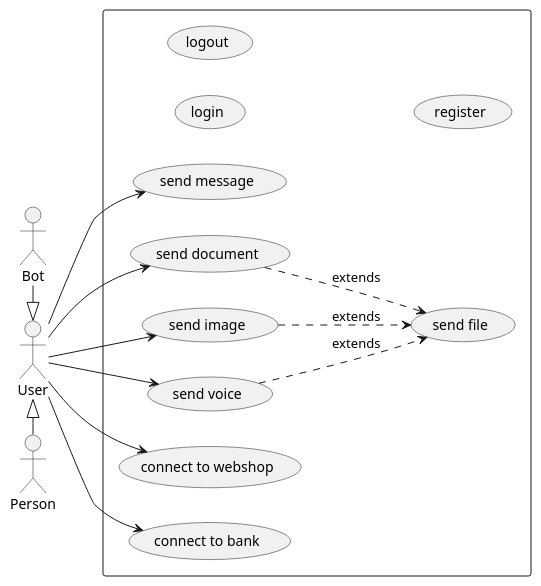
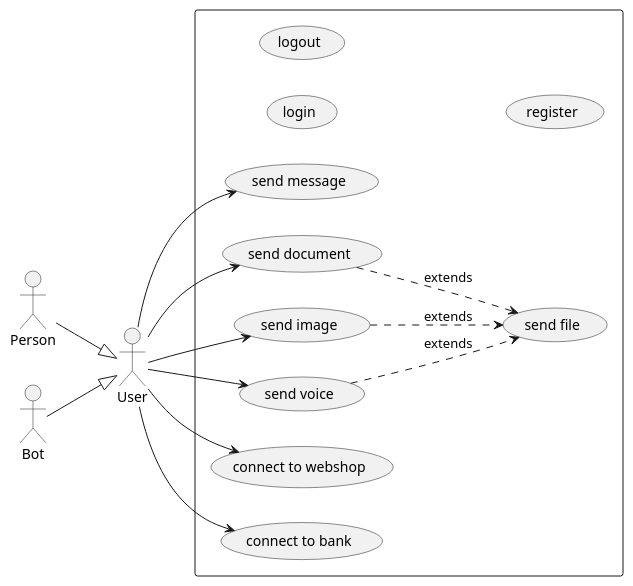
The diagram in src/doc/uml-usecase.puml (bbenno/oth-sw), drawn with PlantUML before and after one commit.

Commit message:
Change actor position in usecase diagram

```diff
--- a/src/doc/uml-usecase.puml
+++ b/src/doc/uml-usecase.puml
@@ -1,37 +1,37 @@
 @startuml chat
 left to right direction
 
 ' actors
-actor User as u
-actor Person as p
-actor Bot as b
+actor "User" as u
+actor "Person" as p
+actor "Bot" as b
 
 ' actor hierarchy
-u <|- p
-b -|> u
+p -down-|> u
+b -down-|> u
 
 ' use cases
 rectangle {
   usecase "login" as oUC1
   usecase "logout" as oUC2
   usecase "register" as oUC3
   usecase "send message" as UC1
   usecase "send file" as UC2
   usecase "send document" as UC3
   usecase "send image" as UC4
   usecase "send voice" as UC5
   usecase "connect to webshop" as UC6
   usecase "connect to bank" as UC7
   UC3 ..> UC2 : extends
   UC4 ..> UC2 : extends
   UC5 ..> UC2 : extends
 }
 
 '  link actor User with use cases
 u --> UC1
 u --> UC3
 u --> UC4
 u --> UC5
 u --> UC6
 u --> UC7
 @enduml
```
